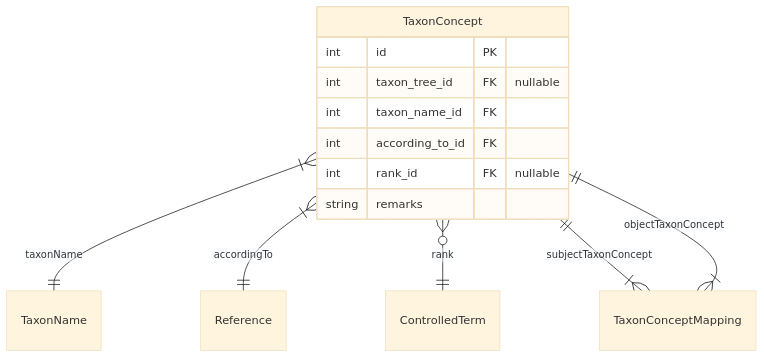
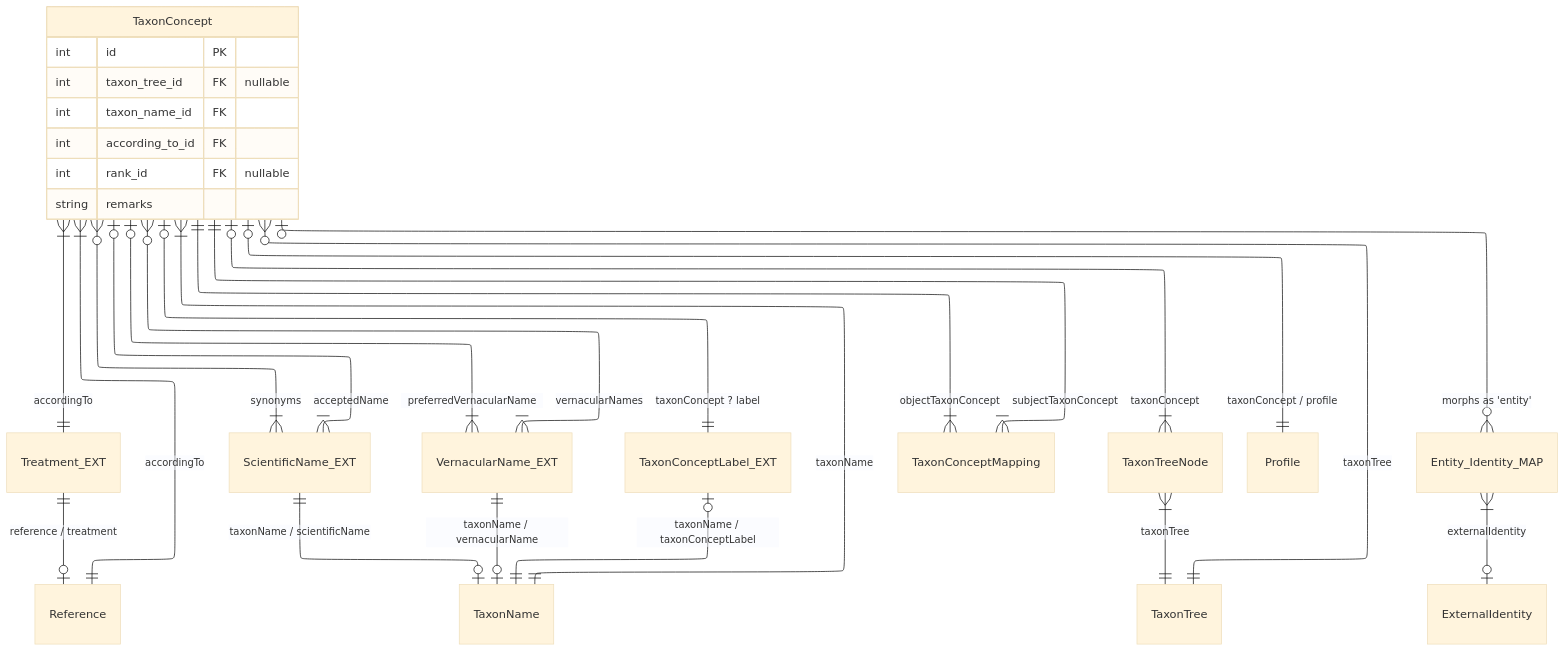
One commit to vicflora/vicflora-data-model-2026 changed the first of 18 diagrams in docs/layers.md. Above: the diagram before and after it, drawn with Mermaid (base theme). The commit also changed other lines of this file and 2 other files, not shown here.

````diff
--- a/docs/layers.md
+++ b/docs/layers.md
@@ -18,17 +18,41 @@
 ```mermaid
+---
+config:
+    layout: elk
+---
 erDiagram
+    TaxonConcept }|--|| Reference : "accordingTo"
+    TaxonConcept }|--|| Treatment_EXT : "accordingTo"
+    Treatment_EXT ||--o| Reference : "reference / treatment"
+
     TaxonConcept }|--|| TaxonName : "taxonName"
-    TaxonConcept }|--|| Reference : "accordingTo"
-    TaxonConcept }o--|| ControlledTerm : "rank"
+    TaxonConcept |o--|{ ScientificName_EXT : "acceptedName"
+    TaxonConcept }o--|{ ScientificName_EXT : "synonyms"
+    ScientificName_EXT ||--o| TaxonName : "taxonName / scientificName"
+    TaxonConcept }o--|{ VernacularName_EXT : "vernacularNames"
+    TaxonConcept |o--|{ VernacularName_EXT : "preferredVernacularName"
+    VernacularName_EXT ||--o| TaxonName : "taxonName / vernacularName"
+    TaxonConcept |o--|| TaxonConceptLabel_EXT : "taxonConcept ? label"
+    TaxonConceptLabel_EXT |o--|| TaxonName : "taxonName / taxonConceptLabel" 
+
     TaxonConcept ||--|{ TaxonConceptMapping : "subjectTaxonConcept"
     TaxonConcept ||--|{ TaxonConceptMapping : "objectTaxonConcept"
+
+    TaxonConcept }o--|| TaxonTree : "taxonTree"
+    TaxonConcept |o--|{ TaxonTreeNode : "taxonConcept"
+    TaxonTreeNode }|--|| TaxonTree : "taxonTree"
+
+    TaxonConcept |o--|| Profile : "taxonConcept / profile"
+
+    TaxonConcept |o--o{ Entity_Identity_MAP : "morphs as 'entity'"
+    Entity_Identity_MAP }|--o| ExternalIdentity : "externalIdentity"
 
     TaxonConcept {
         int id PK
         int taxon_tree_id FK "nullable"
         int taxon_name_id FK 
         int according_to_id FK 
         int rank_id FK "nullable"
         string remarks
     }
 ```
````
